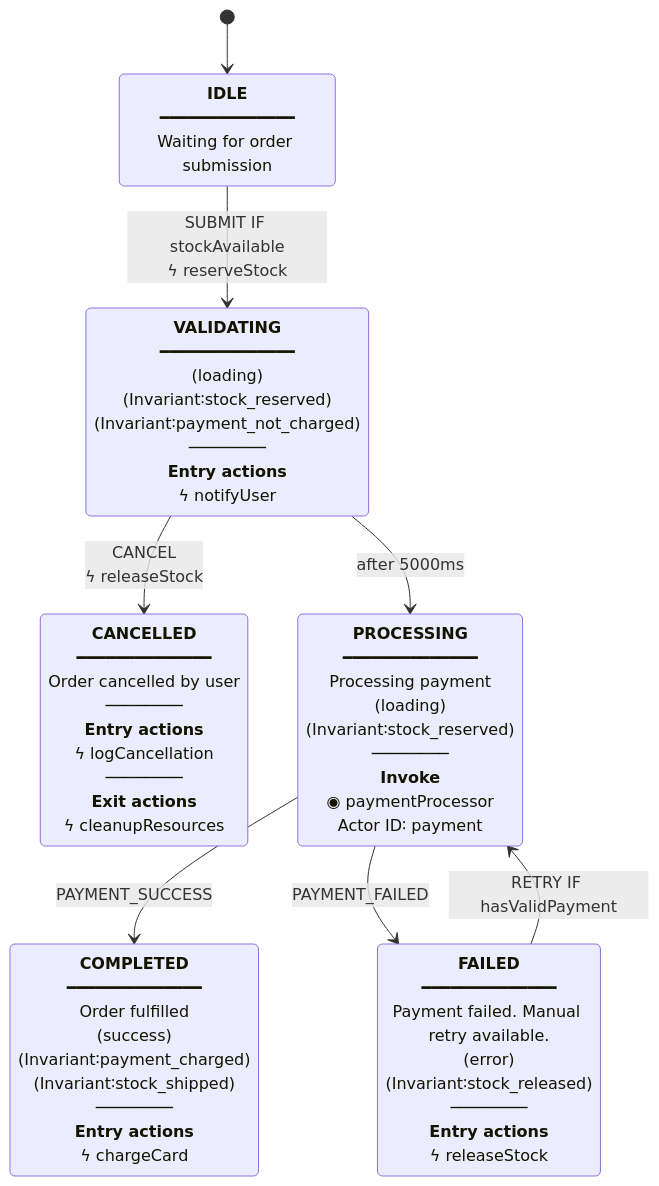
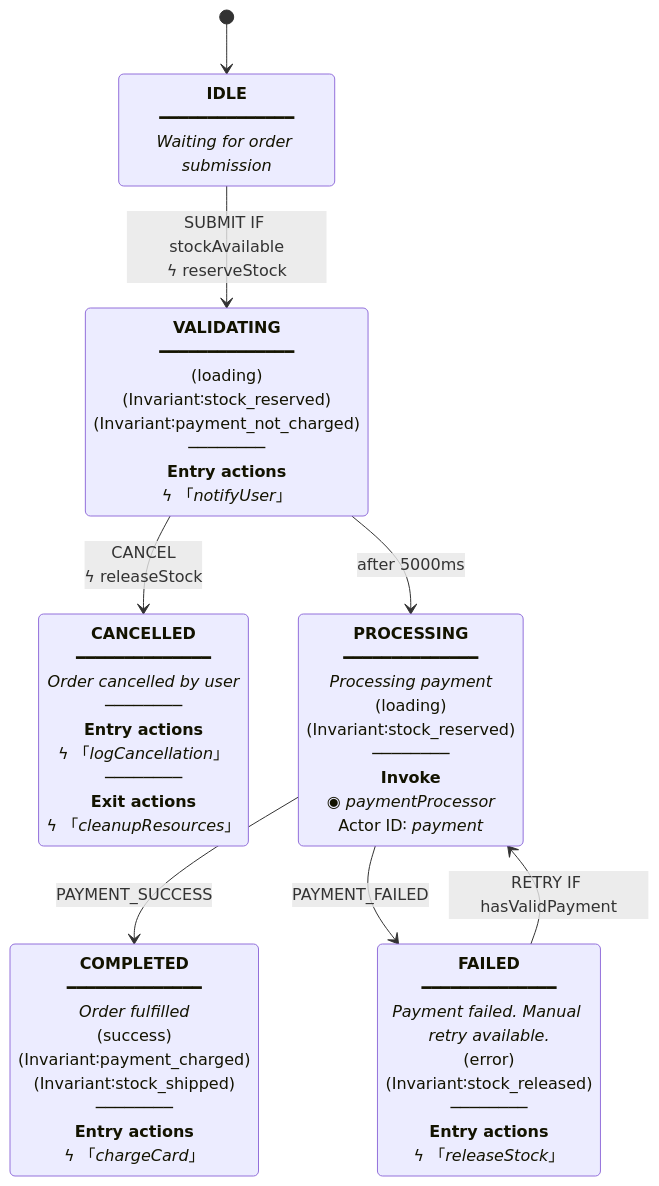
The diagram in README.md (zitongcharliedeng/xstate-ts-to-mermaid), drawn with Mermaid before and after one commit. The commit also changed other lines of this file and 2 other files, not shown here.

Commit message:
feat: enhance visual contrast and add action boxes
- Descriptions in italic for contrast with bold titles
- Action names in italic with box brackets「action」
- Invoke actor names in italic
- Removed top border line from state headers
- Section titles in Title Case (Entry actions, Exit actions, Invoke)

🤖 Generated with [Claude Code](https://claude.com/claude-code)

````diff
--- a/README.md
+++ b/README.md
@@ -142,16 +143,16 @@
 ```mermaid
 stateDiagram-v2
     [*] --> idle
-    idle: <b>IDLE</b><br/>━━━━━━━━━━━━━━<br/>Waiting for order submission
+    idle: <b>IDLE</b><br/>━━━━━━━━━━━━━━<br/><i>Waiting for order submission</i>
     idle --> validating: SUBMIT IF stockAvailable<br/>ϟ reserveStock
-    validating: <b>VALIDATING</b><br/>━━━━━━━━━━━━━━<br/>(loading)<br/>(Invariant∶stock_reserved)<br/>(Invariant∶payment_not_charged)<br/>────────<br/><b>Entry actions</b><br/>ϟ notifyUser
+    validating: <b>VALIDATING</b><br/>━━━━━━━━━━━━━━<br/>(loading)<br/>(Invariant∶stock_reserved)<br/>(Invariant∶payment_not_charged)<br/>────────<br/><b>Entry actions</b><br/>ϟ 「<i>notifyUser</i>」
     validating --> cancelled: CANCEL<br/>ϟ releaseStock
     validating --> processing: after 5000ms
-    processing: <b>PROCESSING</b><br/>━━━━━━━━━━━━━━<br/>Processing payment<br/>(loading)<br/>(Invariant∶stock_reserved)<br/>────────<br/><b>Invoke</b><br/>◉ paymentProcessor<br/>Actor ID∶ payment
+    processing: <b>PROCESSING</b><br/>━━━━━━━━━━━━━━<br/><i>Processing payment</i><br/>(loading)<br/>(Invariant∶stock_reserved)<br/>────────<br/><b>Invoke</b><br/>◉ <i>paymentProcessor</i><br/>Actor ID∶ <i>payment</i>
     processing --> completed: PAYMENT_SUCCESS
     processing --> failed: PAYMENT_FAILED
-    completed: <b>COMPLETED</b><br/>━━━━━━━━━━━━━━<br/>Order fulfilled<br/>(success)<br/>(Invariant∶payment_charged)<br/>(Invariant∶stock_shipped)<br/>────────<br/><b>Entry actions</b><br/>ϟ chargeCard
-    failed: <b>FAILED</b><br/>━━━━━━━━━━━━━━<br/>Payment failed. Manual retry available.<br/>(error)<br/>(Invariant∶stock_released)<br/>────────<br/><b>Entry actions</b><br/>ϟ releaseStock
+    completed: <b>COMPLETED</b><br/>━━━━━━━━━━━━━━<br/><i>Order fulfilled</i><br/>(success)<br/>(Invariant∶payment_charged)<br/>(Invariant∶stock_shipped)<br/>────────<br/><b>Entry actions</b><br/>ϟ 「<i>chargeCard</i>」
+    failed: <b>FAILED</b><br/>━━━━━━━━━━━━━━<br/><i>Payment failed. Manual retry available.</i><br/>(error)<br/>(Invariant∶stock_released)<br/>────────<br/><b>Entry actions</b><br/>ϟ 「<i>releaseStock</i>」
     failed --> processing: RETRY IF hasValidPayment
-    cancelled: <b>CANCELLED</b><br/>━━━━━━━━━━━━━━<br/>Order cancelled by user<br/>────────<br/><b>Entry actions</b><br/>ϟ logCancellation<br/>────────<br/><b>Exit actions</b><br/>ϟ cleanupResources
+    cancelled: <b>CANCELLED</b><br/>━━━━━━━━━━━━━━<br/><i>Order cancelled by user</i><br/>────────<br/><b>Entry actions</b><br/>ϟ 「<i>logCancellation</i>」<br/>────────<br/><b>Exit actions</b><br/>ϟ 「<i>cleanupResources</i>」
 ```
````
